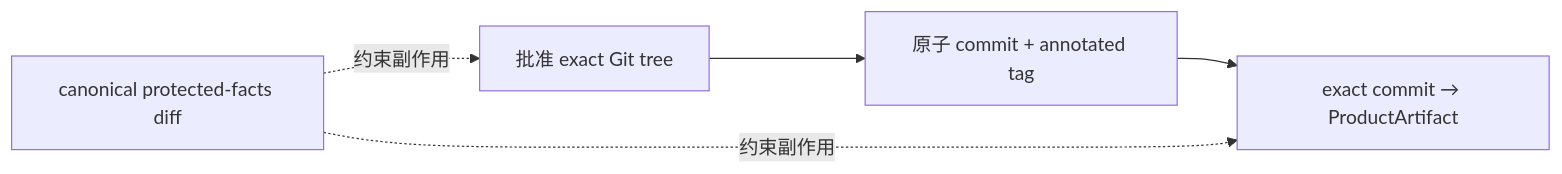
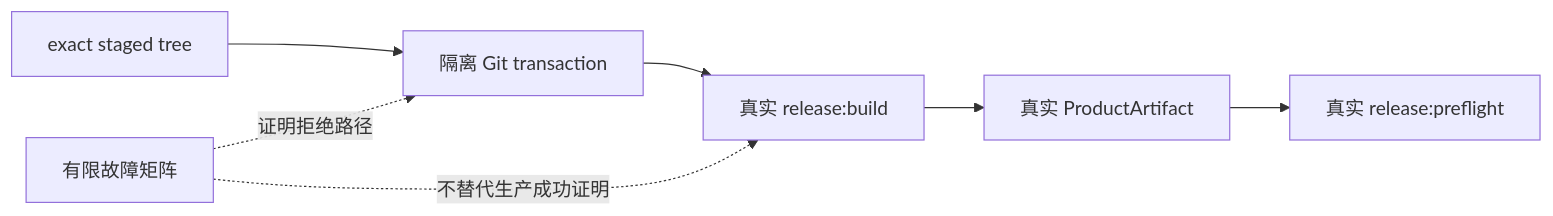
One commit to xingbuild/xingbuild changed the diagram in docs/iterations/current.md. Above: the diagram before and after it, drawn with Mermaid. The commit also changed other lines of this file and 15 other files, not shown here.

First line of the commit message:
v0.28.2 release transaction

````diff
--- a/docs/iterations/current.md
+++ b/docs/iterations/current.md
@@ -27,7 +29,9 @@
 ```mermaid
 flowchart LR
-    T["批准 exact Git tree"] --> G["原子 commit + annotated tag"]
-    G --> A["exact commit → ProductArtifact"]
-    P["canonical protected-facts diff"] -.约束副作用.-> T
-    P -.约束副作用.-> A
+    C["exact staged tree"] --> X["隔离 Git transaction"]
+    X --> B["真实 release:build"]
+    B --> A["真实 ProductArtifact"]
+    A --> P["真实 release:preflight"]
+    M["有限故障矩阵"] -.证明拒绝路径.-> X
+    M -.不替代生产成功证明.-> B
 ```
````
